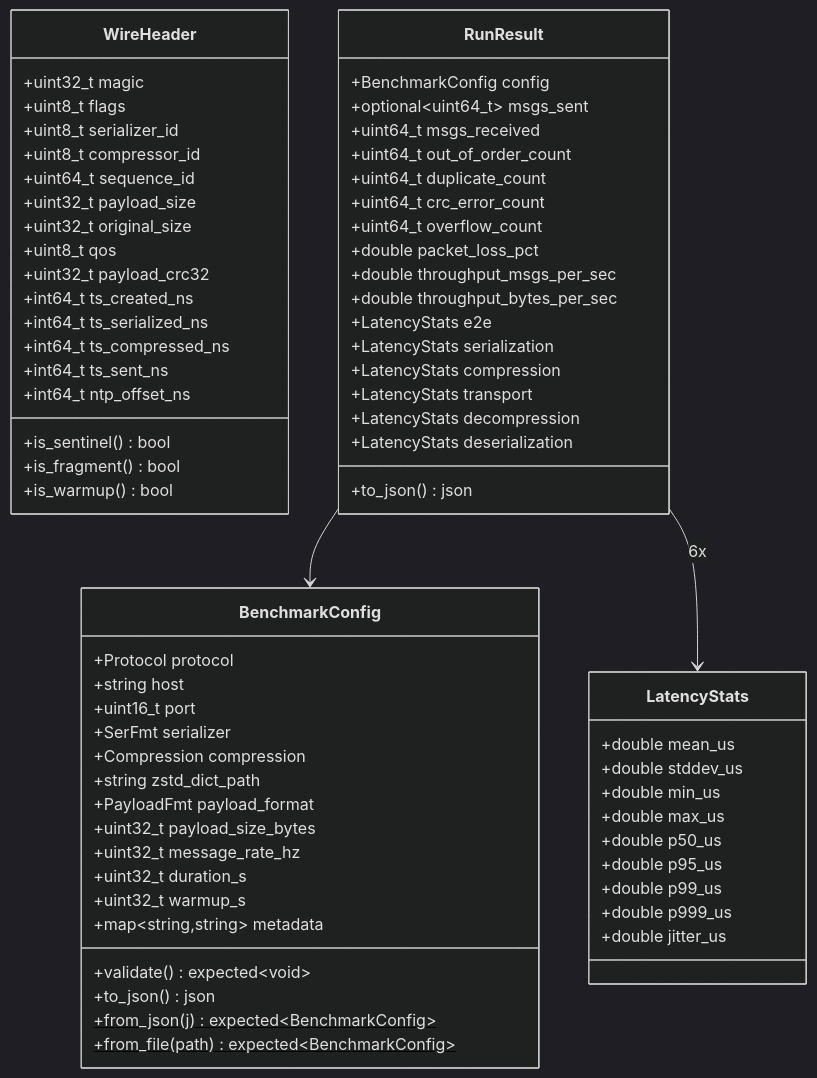
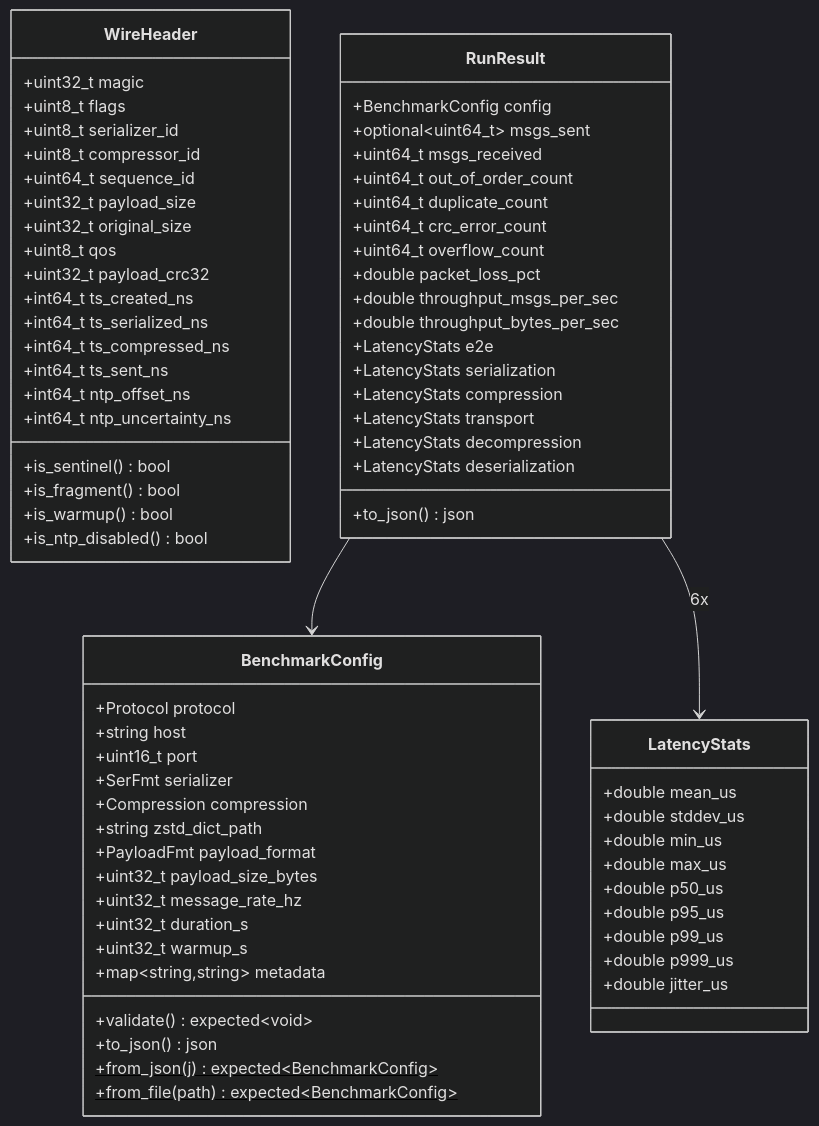
One commit to dipi-unimore/protocols-benchmarking-tool changed the fourth of 10 diagrams in docs/architecture.md. Above: the diagram before and after it, drawn with Mermaid (dark theme). The commit also changed other lines of this file and 129 other files, not shown here.

````diff
--- a/docs/architecture.md
+++ b/docs/architecture.md
@@ -220,73 +220,75 @@
 ```mermaid
 classDiagram
     class WireHeader {
         +uint32_t magic
         +uint8_t flags
         +uint8_t serializer_id
         +uint8_t compressor_id
         +uint64_t sequence_id
         +uint32_t payload_size
         +uint32_t original_size
         +uint8_t qos
         +uint32_t payload_crc32
         +int64_t ts_created_ns
         +int64_t ts_serialized_ns
         +int64_t ts_compressed_ns
         +int64_t ts_sent_ns
         +int64_t ntp_offset_ns
+        +int64_t ntp_uncertainty_ns
         +is_sentinel() bool
         +is_fragment() bool
         +is_warmup() bool
+        +is_ntp_disabled() bool
     }
     class BenchmarkConfig {
         +Protocol protocol
         +string host
         +uint16_t port
         +SerFmt serializer
         +Compression compression
         +string zstd_dict_path
         +PayloadFmt payload_format
         +uint32_t payload_size_bytes
         +uint32_t message_rate_hz
         +uint32_t duration_s
         +uint32_t warmup_s
         +map~string,string~ metadata
         +validate() expected~void~
         +to_json() json
         +from_json(j)$ expected~BenchmarkConfig~
         +from_file(path)$ expected~BenchmarkConfig~
     }
     class LatencyStats {
         +double mean_us
         +double stddev_us
         +double min_us
         +double max_us
         +double p50_us
         +double p95_us
         +double p99_us
         +double p999_us
         +double jitter_us
     }
     class RunResult {
         +BenchmarkConfig config
         +optional~uint64_t~ msgs_sent
         +uint64_t msgs_received
         +uint64_t out_of_order_count
         +uint64_t duplicate_count
         +uint64_t crc_error_count
         +uint64_t overflow_count
         +double packet_loss_pct
         +double throughput_msgs_per_sec
         +double throughput_bytes_per_sec
         +LatencyStats e2e
         +LatencyStats serialization
         +LatencyStats compression
         +LatencyStats transport
         +LatencyStats decompression
         +LatencyStats deserialization
         +to_json() json
     }
 
     RunResult --> BenchmarkConfig
     RunResult --> LatencyStats : 6x
 ```
````
